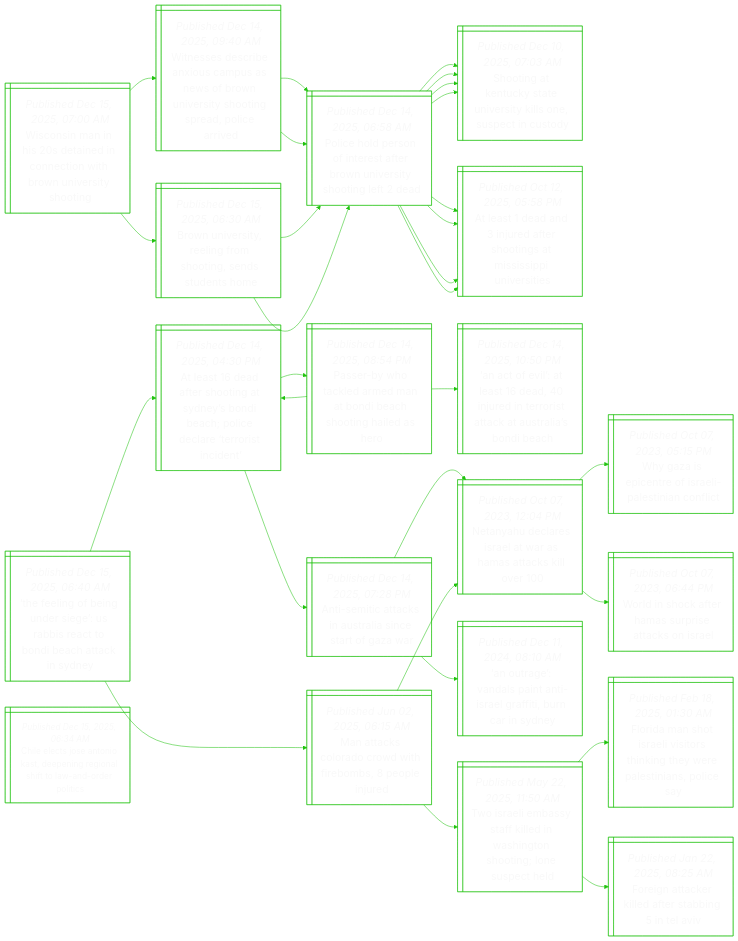
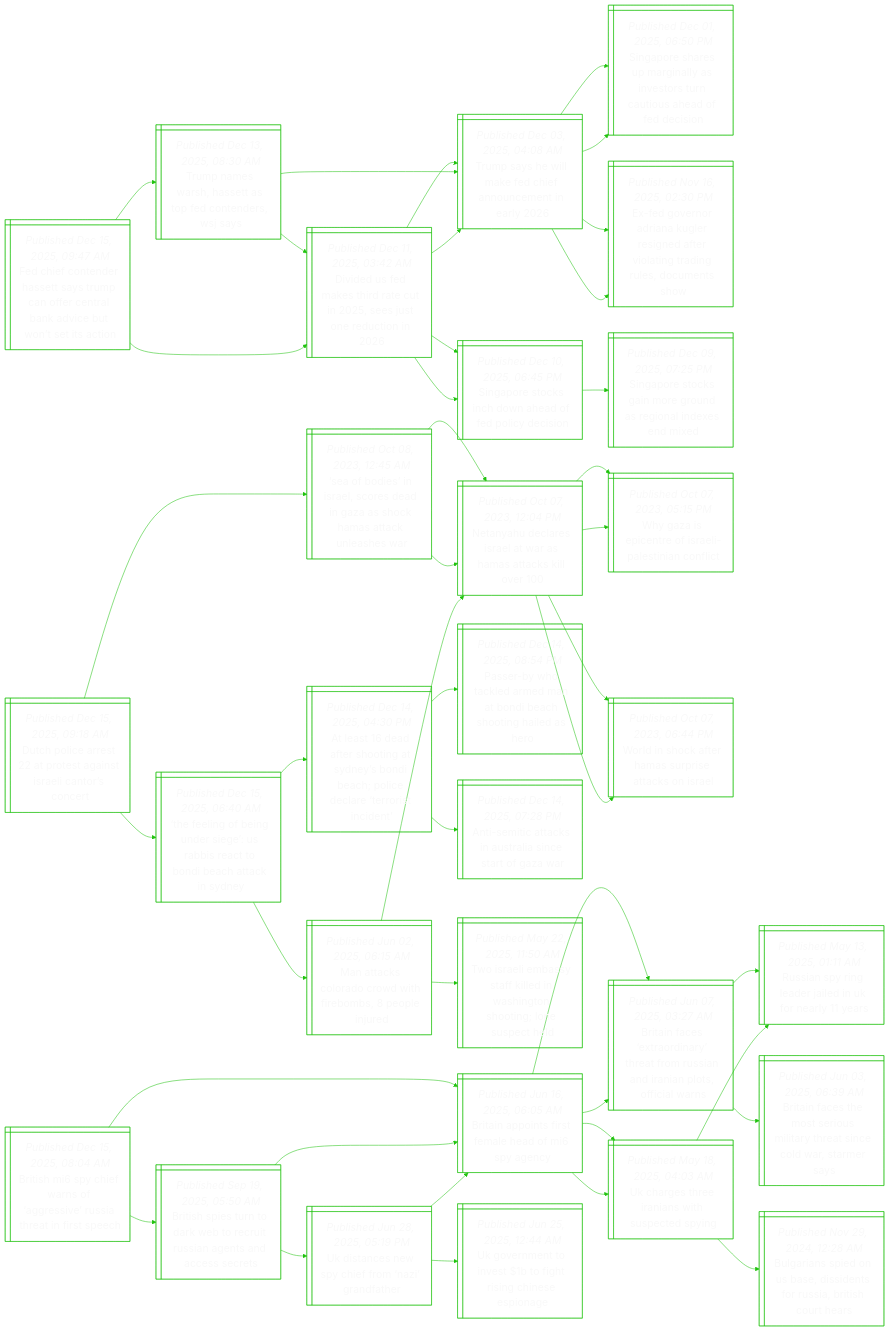
One commit to notJmes/notJmes changed the diagram in README.md. Above: the diagram before and after it, drawn with Mermaid. The commit also changed other lines of this file, not shown here.

````diff
--- a/README.md
+++ b/README.md
@@ -16,100 +16,139 @@
 flowchart LR
 classDef txtsize font-size:20px;
 
-Wnaitdnitwvto@{ shape: win-pane, label: "_Published Dec 15, 2025, 07:00 AM_
-Wisconsin man in his 20s detained in connection with brown university shooting" }
-Wsebiaasoiiogair@{ shape: win-pane, label: "_Published Dec 14, 2025, 09:40 AM_
-Witnesses describe anxious campus as news of brown university shooting spread, police arrived" }
-Pepnttrneytea@{ shape: win-pane, label: "_Published Dec 14, 2025, 06:58 AM_
-Police hold person of interest after brown university shooting left 2 dead" }
-SiKcaiileecd@{ shape: win-pane, label: "_Published Dec 10, 2025, 07:03 AM_
-Shooting at kentucky state university kills one, suspect in custody" }
-Asdndrtaspii@{ shape: win-pane, label: "_Published Oct 12, 2025, 05:58 PM_
-At least 1 dead and 3 injured after shootings at mississippi universities" }
-Pepnttrneytea@{ shape: win-pane, label: "_Published Dec 14, 2025, 06:58 AM_
-Police hold person of interest after brown university shooting left 2 dead" }
-SiKcaiileecd@{ shape: win-pane, label: "_Published Dec 10, 2025, 07:03 AM_
-Shooting at kentucky state university kills one, suspect in custody" }
-Asdndrtaspii@{ shape: win-pane, label: "_Published Oct 12, 2025, 05:58 PM_
-At least 1 dead and 3 injured after shootings at mississippi universities" }
-BUrrnmtette@{ shape: win-pane, label: "_Published Dec 15, 2025, 06:30 AM_
-Brown university, reeling from shooting, sends students home" }
-Pepnttrneytea@{ shape: win-pane, label: "_Published Dec 14, 2025, 06:58 AM_
-Police hold person of interest after brown university shooting left 2 dead" }
-SiKcaiileecd@{ shape: win-pane, label: "_Published Dec 10, 2025, 07:03 AM_
-Shooting at kentucky state university kills one, suspect in custody" }
-Asdndrtaspii@{ shape: win-pane, label: "_Published Oct 12, 2025, 05:58 PM_
-At least 1 dead and 3 injured after shootings at mississippi universities" }
-Pepnttrneytea@{ shape: win-pane, label: "_Published Dec 14, 2025, 06:58 AM_
-Police hold person of interest after brown university shooting left 2 dead" }
-SiKcaiileecd@{ shape: win-pane, label: "_Published Dec 10, 2025, 07:03 AM_
-Shooting at kentucky state university kills one, suspect in custody" }
-Asdndrtaspii@{ shape: win-pane, label: "_Published Oct 12, 2025, 05:58 PM_
-At least 1 dead and 3 injured after shootings at mississippi universities" }
+Finesaunrrnitsso@{ shape: win-pane, label: "_Published Dec 15, 2025, 09:47 AM_
+Fed chief contender hassett says trump can offer central bank advice but won’t set its action" }
+TnWHtocnWy@{ shape: win-pane, label: "_Published Dec 13, 2025, 08:30 AM_
+Trump names warsh, hassett as top fed contenders, wsj says" }
+Deeerenjnun@{ shape: win-pane, label: "_Published Dec 11, 2025, 03:42 AM_
+Divided us fed makes third rate cut in 2025, sees just one reduction in 2026" }
+SptioeFleo@{ shape: win-pane, label: "_Published Dec 10, 2025, 06:45 PM_
+Singapore stocks inch down ahead of fed policy decision" }
+Tsemeeomny@{ shape: win-pane, label: "_Published Dec 03, 2025, 04:08 AM_
+Trump says he will make fed chief announcement in early 2026" }
+Tsemeeomny@{ shape: win-pane, label: "_Published Dec 03, 2025, 04:08 AM_
+Trump says he will make fed chief announcement in early 2026" }
+Sphuglnortaodi@{ shape: win-pane, label: "_Published Dec 01, 2025, 06:50 PM_
+Singapore shares up marginally as investors turn cautious ahead of fed decision" }
+EgnrKrgfiiardeh@{ shape: win-pane, label: "_Published Nov 16, 2025, 02:30 PM_
+Ex-fed governor adriana kugler resigned after violating trading rules, documents show" }
+Deeerenjnun@{ shape: win-pane, label: "_Published Dec 11, 2025, 03:42 AM_
+Divided us fed makes third rate cut in 2025, sees just one reduction in 2026" }
+SptioeFleo@{ shape: win-pane, label: "_Published Dec 10, 2025, 06:45 PM_
+Singapore stocks inch down ahead of fed policy decision" }
+Sptgoosonsi@{ shape: win-pane, label: "_Published Dec 09, 2025, 07:25 PM_
+Singapore stocks gain more ground as regional indexes end mixed" }
+Tsemeeomny@{ shape: win-pane, label: "_Published Dec 03, 2025, 04:08 AM_
+Trump says he will make fed chief announcement in early 2026" }
+Sphuglnortaodi@{ shape: win-pane, label: "_Published Dec 01, 2025, 06:50 PM_
+Singapore shares up marginally as investors turn cautious ahead of fed decision" }
+EgnrKrgfiiardeh@{ shape: win-pane, label: "_Published Nov 16, 2025, 02:30 PM_
+Ex-fed governor adriana kugler resigned after violating trading rules, documents show" }
 
-Wnaitdnitwvto:::txtsize --> Wsebiaasoiiogair:::txtsize
-Wsebiaasoiiogair:::txtsize --> Pepnttrneytea:::txtsize
-Pepnttrneytea:::txtsize --> SiKcaiileecd:::txtsize
-Pepnttrneytea:::txtsize --> Asdndrtaspii:::txtsize
-Wsebiaasoiiogair:::txtsize --> Pepnttrneytea:::txtsize
-Pepnttrneytea:::txtsize --> SiKcaiileecd:::txtsize
-Pepnttrneytea:::txtsize --> Asdndrtaspii:::txtsize
-Wnaitdnitwvto:::txtsize --> BUrrnmtette:::txtsize
-BUrrnmtette:::txtsize --> Pepnttrneytea:::txtsize
-Pepnttrneytea:::txtsize --> SiKcaiileecd:::txtsize
-Pepnttrneytea:::txtsize --> Asdndrtaspii:::txtsize
-BUrrnmtette:::txtsize --> Pepnttrneytea:::txtsize
-Pepnttrneytea:::txtsize --> SiKcaiileecd:::txtsize
-Pepnttrneytea:::txtsize --> Asdndrtaspii:::txtsize
+Finesaunrrnitsso:::txtsize --> TnWHtocnWy:::txtsize
+TnWHtocnWy:::txtsize --> Deeerenjnun:::txtsize
+Deeerenjnun:::txtsize --> SptioeFleo:::txtsize
+Deeerenjnun:::txtsize --> Tsemeeomny:::txtsize
+TnWHtocnWy:::txtsize --> Tsemeeomny:::txtsize
+Tsemeeomny:::txtsize --> Sphuglnortaodi:::txtsize
+Tsemeeomny:::txtsize --> EgnrKrgfiiardeh:::txtsize
+Finesaunrrnitsso:::txtsize --> Deeerenjnun:::txtsize
+Deeerenjnun:::txtsize --> SptioeFleo:::txtsize
+SptioeFleo:::txtsize --> Sptgoosonsi:::txtsize
+Deeerenjnun:::txtsize --> Tsemeeomny:::txtsize
+Tsemeeomny:::txtsize --> Sphuglnortaodi:::txtsize
+Tsemeeomny:::txtsize --> EgnrKrgfiiardeh:::txtsize
 
+Dpesrtnrcrc@{ shape: win-pane, label: "_Published Dec 15, 2025, 09:18 AM_
+Dutch police arrest 22 at protest against israeli cantor’s concert" }
+Sbsrcdnacaale@{ shape: win-pane, label: "_Published Oct 08, 2023, 12:45 AM_
+‘sea of bodies’ in israel, scores dead in gaza as shock hamas attack unleashes war" }
+NyeeawHakl@{ shape: win-pane, label: "_Published Oct 07, 2023, 12:04 PM_
+Netanyahu declares israel at war as hamas attacks kill over 100" }
+WzptIleint@{ shape: win-pane, label: "_Published Oct 07, 2023, 05:15 PM_
+Why gaza is epicentre of israeli-palestinian conflict" }
+Wiceapaks@{ shape: win-pane, label: "_Published Oct 07, 2023, 06:44 PM_
+World in shock after hamas surprise attacks on israel" }
+NyeeawHakl@{ shape: win-pane, label: "_Published Oct 07, 2023, 12:04 PM_
+Netanyahu declares israel at war as hamas attacks kill over 100" }
+WzptIleint@{ shape: win-pane, label: "_Published Oct 07, 2023, 05:15 PM_
+Why gaza is epicentre of israeli-palestinian conflict" }
+Wiceapaks@{ shape: win-pane, label: "_Published Oct 07, 2023, 06:44 PM_
+World in shock after hamas surprise attacks on israel" }
 TeonegartdcaSy@{ shape: win-pane, label: "_Published Dec 15, 2025, 06:40 AM_
 ‘the feeling of being under siege’: us rabbis react to bondi beach attack in sydney" }
 Asdrttenaleeoie@{ shape: win-pane, label: "_Published Dec 14, 2025, 04:30 PM_
 At least 16 dead after shooting at sydney’s bondi beach; police declare ‘terrorist incident’" }
 Prolmnnaogee@{ shape: win-pane, label: "_Published Dec 14, 2025, 08:54 PM_
 Passer-by who tackled armed man at bondi beach shooting hailed as hero" }
-Asdrttenaleeoie@{ shape: win-pane, label: "_Published Dec 14, 2025, 04:30 PM_
-At least 16 dead after shooting at sydney’s bondi beach; police declare ‘terrorist incident’" }
-Aolaaunoaksina@{ shape: win-pane, label: "_Published Dec 14, 2025, 10:50 PM_
-‘an act of evil’: at least 16 dead, 40 injured in terrorist attack at australia’s bondi beach" }
 AeccAaitfw@{ shape: win-pane, label: "_Published Dec 14, 2025, 07:28 PM_
 Anti-semitic attacks in australia since start of gaza war" }
-NyeeawHakl@{ shape: win-pane, label: "_Published Oct 07, 2023, 12:04 PM_
-Netanyahu declares israel at war as hamas attacks kill over 100" }
-ArastIlfurd@{ shape: win-pane, label: "_Published Dec 11, 2024, 08:10 AM_
-‘an outrage’: vandals paint anti-israel graffiti, burn car in sydney" }
 MtCaoteslu@{ shape: win-pane, label: "_Published Jun 02, 2025, 06:15 AM_
 Man attacks colorado crowd with firebombs, 8 people injured" }
 NyeeawHakl@{ shape: win-pane, label: "_Published Oct 07, 2023, 12:04 PM_
 Netanyahu declares israel at war as hamas attacks kill over 100" }
-WzptIleint@{ shape: win-pane, label: "_Published Oct 07, 2023, 05:15 PM_
-Why gaza is epicentre of israeli-palestinian conflict" }
-Wiceapaks@{ shape: win-pane, label: "_Published Oct 07, 2023, 06:44 PM_
-World in shock after hamas surprise attacks on israel" }
 TresflWnsinpe@{ shape: win-pane, label: "_Published May 22, 2025, 11:50 AM_
 Two israeli embassy staff killed in washington shooting; lone suspect held" }
-FdssithnyPtniy@{ shape: win-pane, label: "_Published Feb 18, 2025, 01:30 AM_
-Florida man shot israeli visitors thinking they were palestinians, police say" }
-Fgakdrbnv@{ shape: win-pane, label: "_Published Jan 22, 2025, 08:25 AM_
-Foreign attacker killed after stabbing 5 in tel aviv" }
 
+Dpesrtnrcrc:::txtsize --> Sbsrcdnacaale:::txtsize
+Sbsrcdnacaale:::txtsize --> NyeeawHakl:::txtsize
+NyeeawHakl:::txtsize --> WzptIleint:::txtsize
+NyeeawHakl:::txtsize --> Wiceapaks:::txtsize
+Sbsrcdnacaale:::txtsize --> NyeeawHakl:::txtsize
+NyeeawHakl:::txtsize --> WzptIleint:::txtsize
+NyeeawHakl:::txtsize --> Wiceapaks:::txtsize
+Dpesrtnrcrc:::txtsize --> TeonegartdcaSy:::txtsize
 TeonegartdcaSy:::txtsize --> Asdrttenaleeoie:::txtsize
 Asdrttenaleeoie:::txtsize --> Prolmnnaogee:::txtsize
-Prolmnnaogee:::txtsize --> Asdrttenaleeoie:::txtsize
-Prolmnnaogee:::txtsize --> Aolaaunoaksina:::txtsize
 Asdrttenaleeoie:::txtsize --> AeccAaitfw:::txtsize
-AeccAaitfw:::txtsize --> NyeeawHakl:::txtsize
-AeccAaitfw:::txtsize --> ArastIlfurd:::txtsize
 TeonegartdcaSy:::txtsize --> MtCaoteslu:::txtsize
 MtCaoteslu:::txtsize --> NyeeawHakl:::txtsize
-NyeeawHakl:::txtsize --> WzptIleint:::txtsize
-NyeeawHakl:::txtsize --> Wiceapaks:::txtsize
 MtCaoteslu:::txtsize --> TresflWnsinpe:::txtsize
-TresflWnsinpe:::txtsize --> FdssithnyPtniy:::txtsize
-TresflWnsinpe:::txtsize --> Fgakdrbnv:::txtsize
 
-CesAiternildrt@{ shape: win-pane, label: "_Published Dec 15, 2025, 06:34 AM_
-Chile elects jose antonio kast, deepening regional shift to law-and-order politics" }
+Bspengsuttre@{ shape: win-pane, label: "_Published Dec 15, 2025, 08:04 AM_
+British mi6 spy chief warns of ‘aggressive’ russia threat in first speech" }
+Bioffeopn@{ shape: win-pane, label: "_Published Jun 16, 2025, 06:05 AM_
+Britain appoints first female head of mi6 spy agency" }
+BierittRaIatiw@{ shape: win-pane, label: "_Published Jun 07, 2025, 03:27 AM_
+Britain faces ‘extraordinary’ threat from russian and iranian plots, official warns" }
+Rarejdfae@{ shape: win-pane, label: "_Published May 13, 2025, 01:11 AM_
+Russian spy ring leader jailed in uk for nearly 11 years" }
+BiemesthsCara@{ shape: win-pane, label: "_Published Jun 03, 2025, 06:39 AM_
+Britain faces the most serious military threat since cold war, starmer says" }
+Urhrnhesg@{ shape: win-pane, label: "_Published May 18, 2025, 04:03 AM_
+Uk charges three iranians with suspected spying" }
+Rarejdfae@{ shape: win-pane, label: "_Published May 13, 2025, 01:11 AM_
+Russian spy ring leader jailed in uk for nearly 11 years" }
+Brsoasnritoe@{ shape: win-pane, label: "_Published Nov 29, 2024, 12:28 AM_
+Bulgarians spied on us base, dissidents for russia, british court hears" }
+Bsenrtruntase@{ shape: win-pane, label: "_Published Sep 19, 2025, 05:50 AM_
+British spies turn to dark web to recruit russian agents and access secrets" }
+Bioffeopn@{ shape: win-pane, label: "_Published Jun 16, 2025, 06:05 AM_
+Britain appoints first female head of mi6 spy agency" }
+BierittRaIatiw@{ shape: win-pane, label: "_Published Jun 07, 2025, 03:27 AM_
+Britain faces ‘extraordinary’ threat from russian and iranian plots, official warns" }
+Urhrnhesg@{ shape: win-pane, label: "_Published May 18, 2025, 04:03 AM_
+Uk charges three iranians with suspected spying" }
+Utspemgfr@{ shape: win-pane, label: "_Published Jun 28, 2025, 05:19 PM_
+Uk distances new spy chief from ‘nazi’ grandfather" }
+Bioffeopn@{ shape: win-pane, label: "_Published Jun 16, 2025, 06:05 AM_
+Britain appoints first female head of mi6 spy agency" }
+Uennbgsheo@{ shape: win-pane, label: "_Published Jun 25, 2025, 12:44 AM_
+Uk government to invest $1b to fight rising chinese espionage" }
 
+Bspengsuttre:::txtsize --> Bioffeopn:::txtsize
+Bioffeopn:::txtsize --> BierittRaIatiw:::txtsize
+BierittRaIatiw:::txtsize --> Rarejdfae:::txtsize
+BierittRaIatiw:::txtsize --> BiemesthsCara:::txtsize
+Bioffeopn:::txtsize --> Urhrnhesg:::txtsize
+Urhrnhesg:::txtsize --> Rarejdfae:::txtsize
+Urhrnhesg:::txtsize --> Brsoasnritoe:::txtsize
+Bspengsuttre:::txtsize --> Bsenrtruntase:::txtsize
+Bsenrtruntase:::txtsize --> Bioffeopn:::txtsize
+Bioffeopn:::txtsize --> BierittRaIatiw:::txtsize
+Bioffeopn:::txtsize --> Urhrnhesg:::txtsize
+Bsenrtruntase:::txtsize --> Utspemgfr:::txtsize
+Utspemgfr:::txtsize --> Bioffeopn:::txtsize
+Utspemgfr:::txtsize --> Uennbgsheo:::txtsize
 
 ```
````
